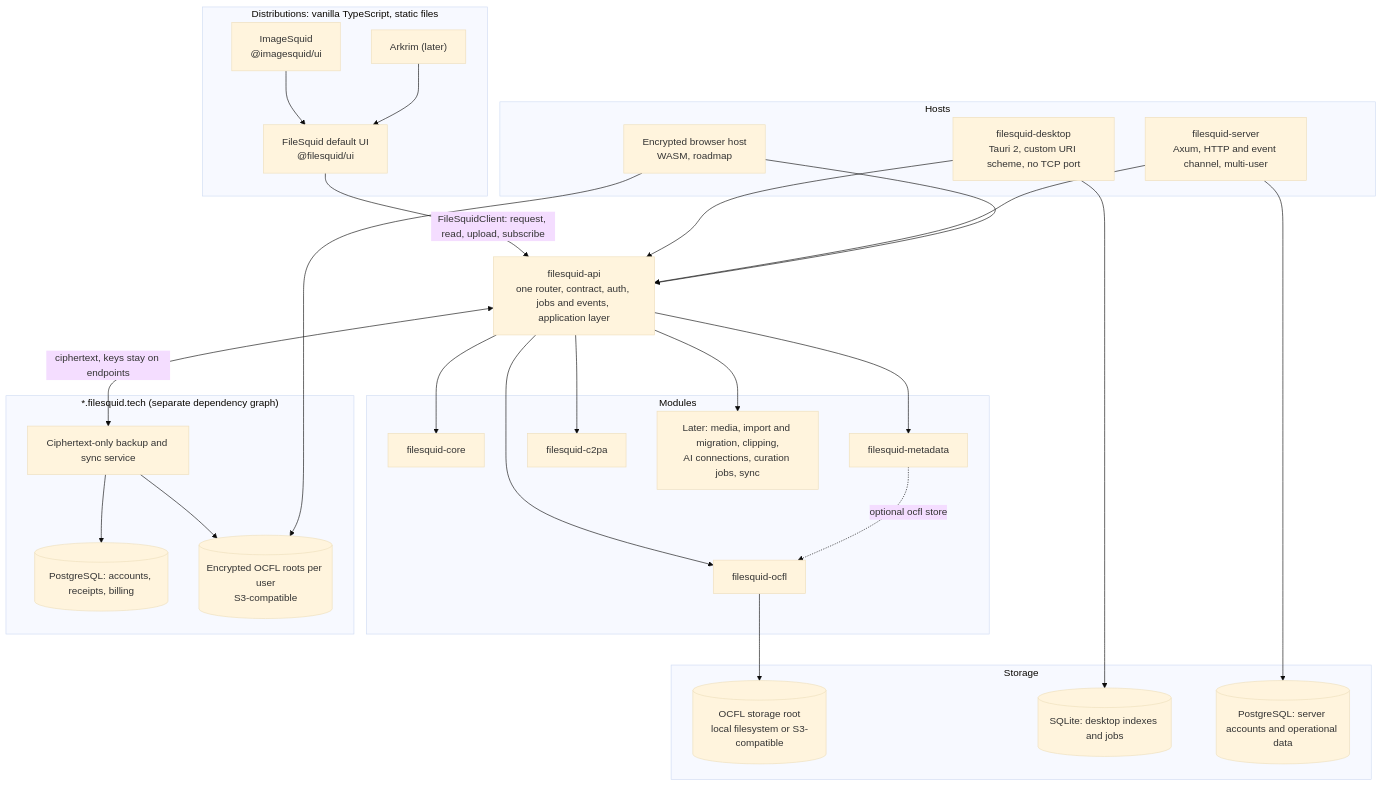
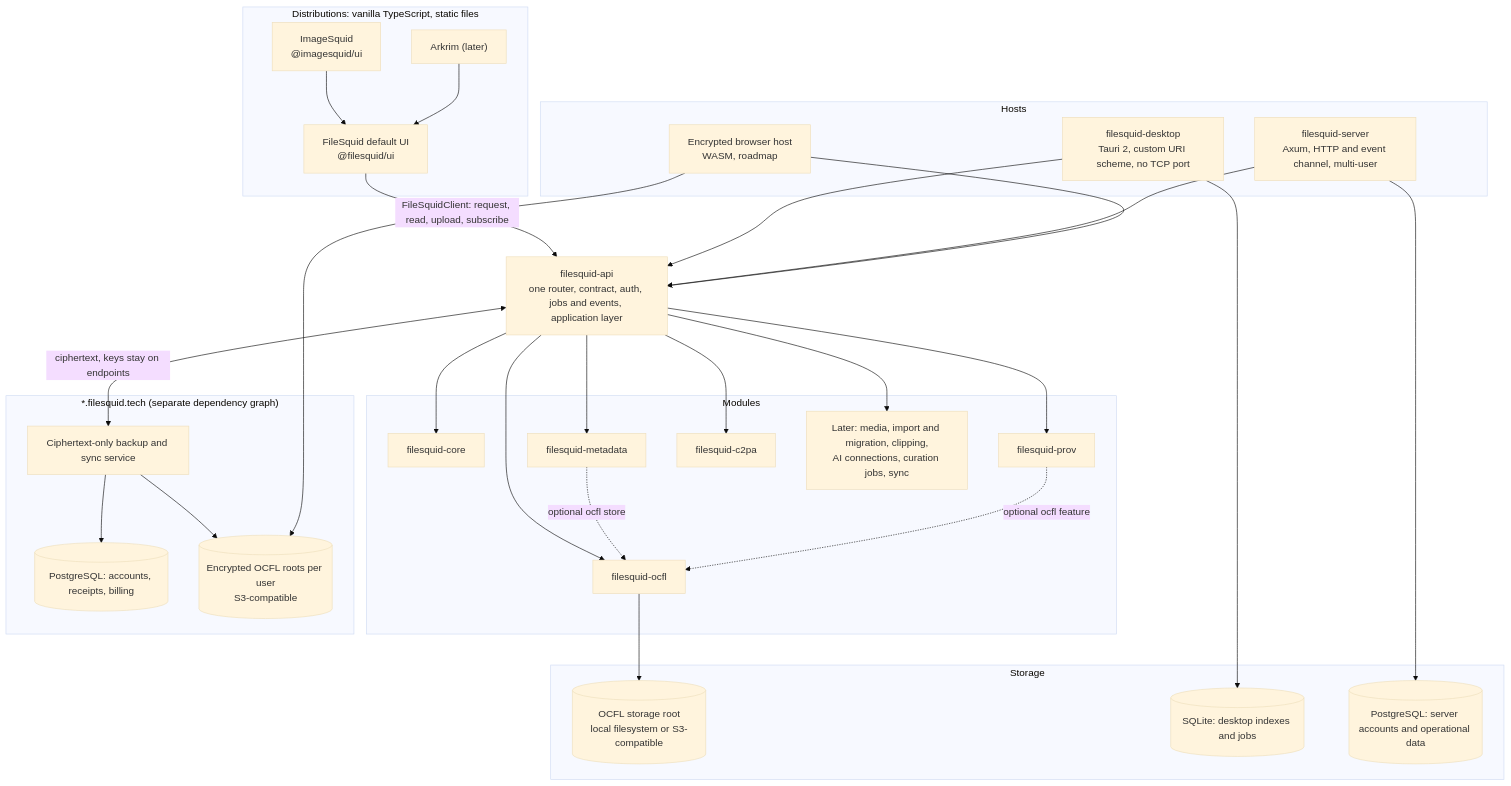
Before and after one commit to arkrim-tech/filesquid: the second of 12 diagrams in resources/architecture.md, drawn with Mermaid (base theme). The commit also changed other lines of this file and 28 other files, not shown here.

````diff
--- a/resources/architecture.md
+++ b/resources/architecture.md
@@ -107,50 +107,53 @@
 ```mermaid
 flowchart TB
     subgraph Distributions[Distributions: vanilla TypeScript, static files]
         FSUI["FileSquid default UI<br/>@filesquid/ui"]
         ISUI["ImageSquid<br/>@imagesquid/ui"]
         ARUI["Arkrim (later)"]
     end
     ISUI --> FSUI
     ARUI --> FSUI
     FSUI -->|FileSquidClient: request, read, upload, subscribe| API
     subgraph Hosts
         Desktop["filesquid-desktop<br/>Tauri 2, custom URI scheme, no TCP port"]
         Server["filesquid-server<br/>Axum, HTTP and event channel, multi-user"]
         Browser["Encrypted browser host<br/>WASM, roadmap"]
     end
     API["filesquid-api<br/>one router, contract, auth, jobs and events, application layer"]
     Desktop --> API
     Server --> API
     Browser --> API
     subgraph Modules
         Core[filesquid-core]
         OCFL[filesquid-ocfl]
         Meta[filesquid-metadata]
+        Prov[filesquid-prov]
         C2PA[filesquid-c2pa]
         Later["Later: media, import and migration, clipping,<br/>AI connections, curation jobs, sync"]
     end
     API --> Core
     API --> OCFL
     API --> Meta
+    API --> Prov
     API --> C2PA
     API --> Later
     Meta -. optional ocfl store .-> OCFL
+    Prov -. optional ocfl feature .-> OCFL
     subgraph Storage
         Root[("OCFL storage root<br/>local filesystem or S3-compatible")]
         SQLite[("SQLite: desktop indexes and jobs")]
         PG[("PostgreSQL: server accounts and operational data")]
     end
     OCFL --> Root
     Desktop --> SQLite
     Server --> PG
     subgraph Hosted["*.filesquid.tech (separate dependency graph)"]
         HS["Ciphertext-only backup and sync service"]
         HPG[("PostgreSQL: accounts, receipts, billing")]
         HObj[("Encrypted OCFL roots per user<br/>S3-compatible")]
         HS --> HPG
         HS --> HObj
     end
     API <-->|ciphertext, keys stay on endpoints| HS
     Browser --> HObj
 ```
````
